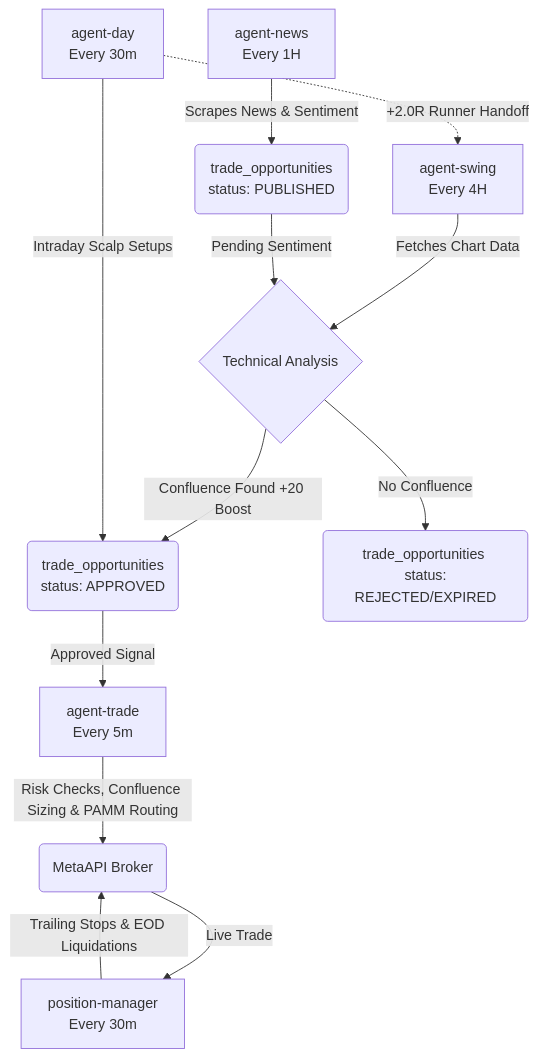
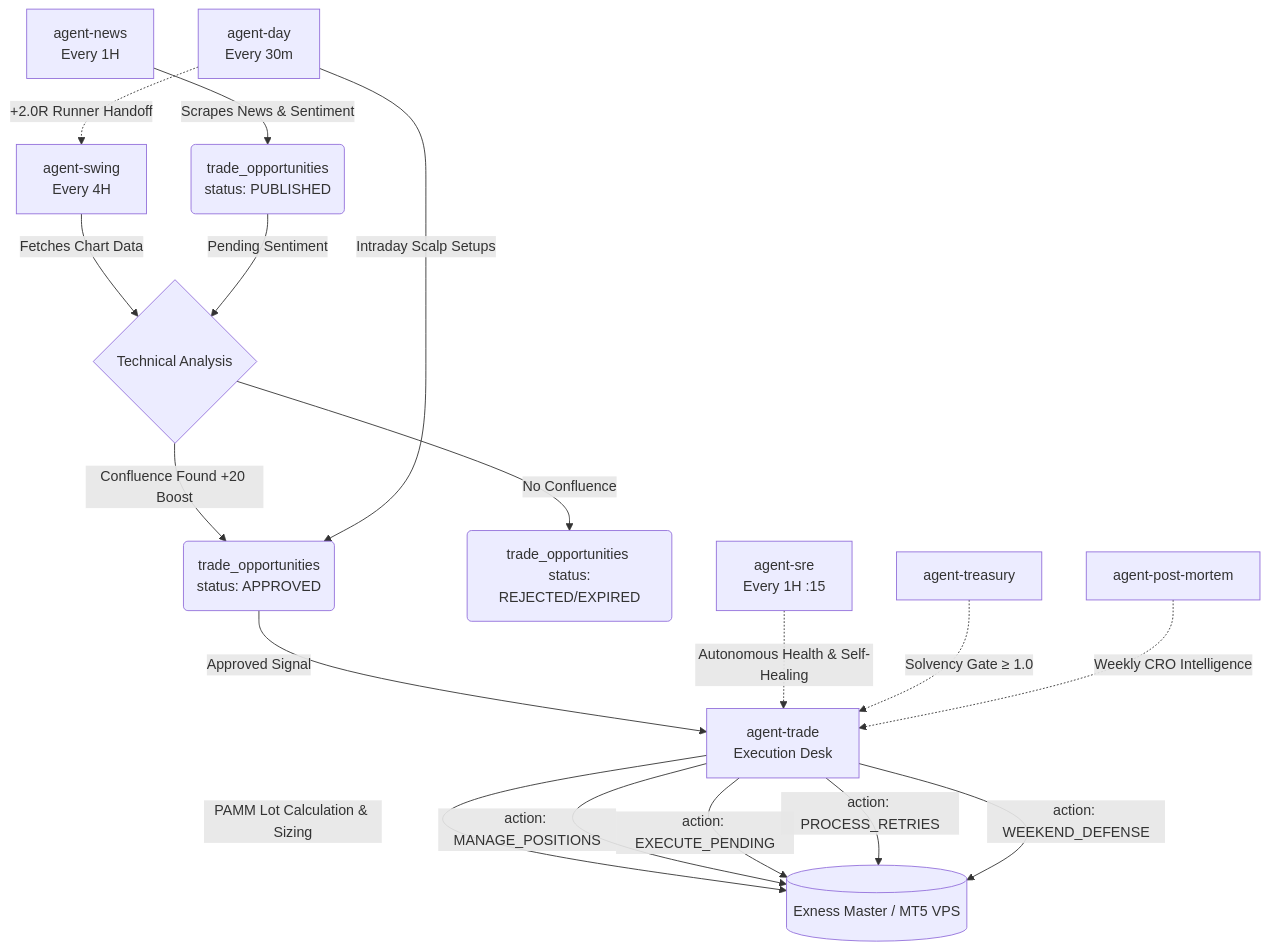
One commit to rainesoft/invest changed the diagram in docs/Multi Agent Architecture.md. Above: the diagram before and after it, drawn with Mermaid. The commit also changed other lines of this file and 4 other files, not shown here.

Commit message:
docs: synchronize system architecture, health checklist and developer setup guides

````diff
--- a/docs/Multi Agent Architecture.md
+++ b/docs/Multi Agent Architecture.md
@@ -68,16 +78,23 @@
 ```mermaid
 graph TD
     A[agent-news <br> Every 1H] -->|Scrapes News & Sentiment| B(trade_opportunities <br> status: PUBLISHED)
     C[agent-swing <br> Every 4H] -->|Fetches Chart Data| D{Technical Analysis}
     B -->|Pending Sentiment| D
     D -->|Confluence Found +20 Boost| E(trade_opportunities <br> status: APPROVED)
     D -->|No Confluence| F(trade_opportunities <br> status: REJECTED/EXPIRED)
     
     J[agent-day <br> Every 30m] -->|Intraday Scalp Setups| E
     J -.->|+2.0R Runner Handoff| C
     
-    E -->|Approved Signal| G[agent-trade <br> Every 5m]
-    G -->|Risk Checks, Confluence Sizing & PAMM Routing| H(MetaAPI Broker)
-    H -->|Live Trade| I[position-manager <br> Every 30m]
-    I -->|Trailing Stops & EOD Liquidations| H
+    E -->|Approved Signal| G[agent-trade <br> Execution Desk]
+    G -->|PAMM Lot Calculation & Sizing| H[(Exness Master / MT5 VPS)]
+    
+    G -->|action: MANAGE_POSITIONS| H
+    G -->|action: EXECUTE_PENDING| H
+    G -->|action: PROCESS_RETRIES| H
+    G -->|action: WEEKEND_DEFENSE| H
+    
+    SRE[agent-sre <br> Every 1H :15] -.->|Autonomous Health & Self-Healing| G
+    TREASURY[agent-treasury] -.->|Solvency Gate ≥ 1.0| G
+    POSTMORTEM[agent-post-mortem] -.->|Weekly CRO Intelligence| G
 ```
````
